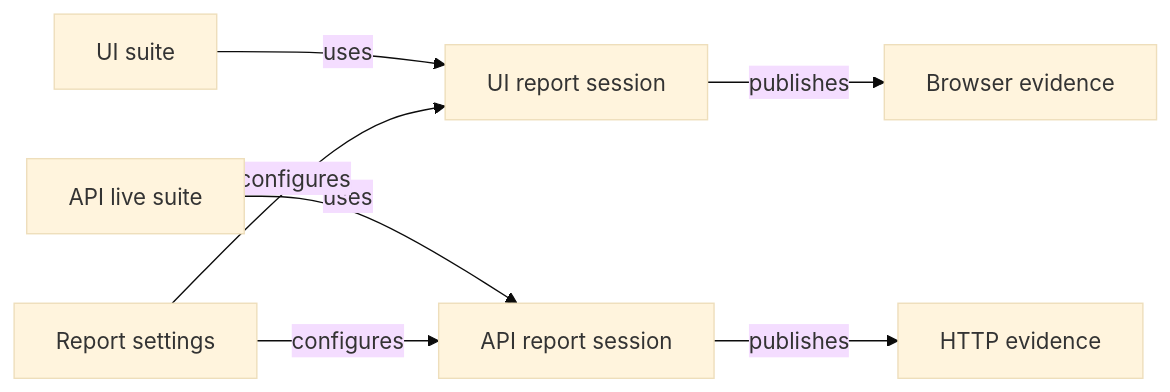
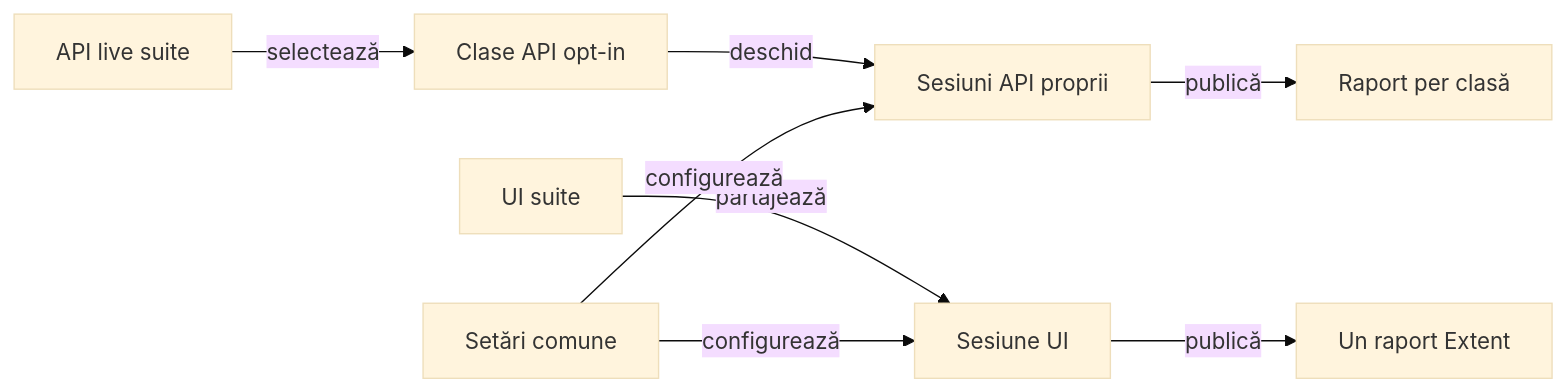
One commit to crististefanita/atf_j0 changed the fourth of 5 diagrams in atf-test-auto-ex/README.md. Above: the diagram before and after it, drawn with Mermaid (base theme). The commit also changed other lines of this file and 44 other files, not shown here.

````diff
--- a/atf-test-auto-ex/README.md
+++ b/atf-test-auto-ex/README.md
@@ -652,9 +652,10 @@
 ```mermaid
 flowchart LR
-    UI[UI suite] -->|uses| UISession[UI report session]
-    UISession -->|publishes| UIEvidence[Browser evidence]
-    API[API live suite] -->|uses| ApiSession[API report session]
-    ApiSession -->|publishes| ApiEvidence[HTTP evidence]
-    Config[Report settings] -->|configures| UISession
-    Config -->|configures| ApiSession
+    UI[UI suite] -->|partajează| UISession[Sesiune UI]
+    UISession -->|publică| UIReport[Un raport Extent]
+    API[API live suite] -->|selectează| Classes[Clase API opt-in]
+    Classes -->|deschid| ApiSession[Sesiuni API proprii]
+    ApiSession -->|publică| ApiReports[Raport per clasă]
+    Config[Setări comune] -->|configurează| UISession
+    Config -->|configurează| ApiSession
 ```
````
